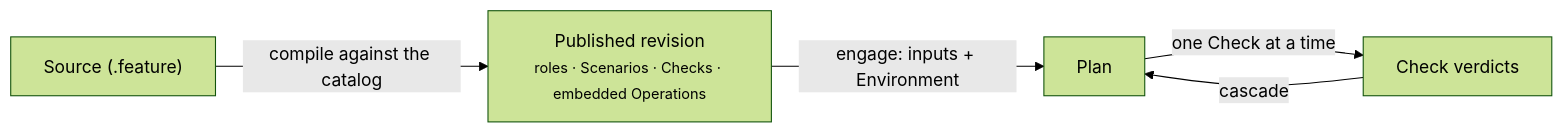
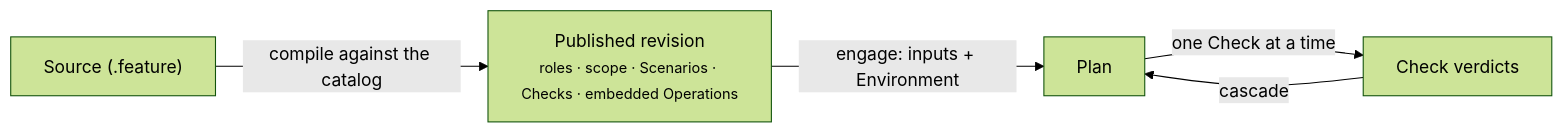
Before and after one commit to ng-galien/trust: the diagram in packages/trust-ui/src/docs/content/en/procedures/index.mdx, drawn with Mermaid (forest theme). The commit also changed other lines of this file and 173 other files, not shown here.

````diff
--- a/packages/trust-ui/src/docs/content/en/procedures/index.mdx
+++ b/packages/trust-ui/src/docs/content/en/procedures/index.mdx
@@ -51,7 +22,7 @@
 ```mermaid
 flowchart LR
-  S["Source (.feature)"] -->|"compile against the catalog"| R["Published revision<br/><small>roles · Scenarios · Checks · embedded Operations</small>"]
+  S["Source (.feature)"] -->|"compile against the catalog"| R["Published revision<br/><small>roles · scope · Scenarios · Checks · embedded Operations</small>"]
   R -->|"engage: inputs + Environment"| P["Plan"]
   P -->|"one Check at a time"| C["Check verdicts"]
   C -->|"cascade"| P
 ```
````
